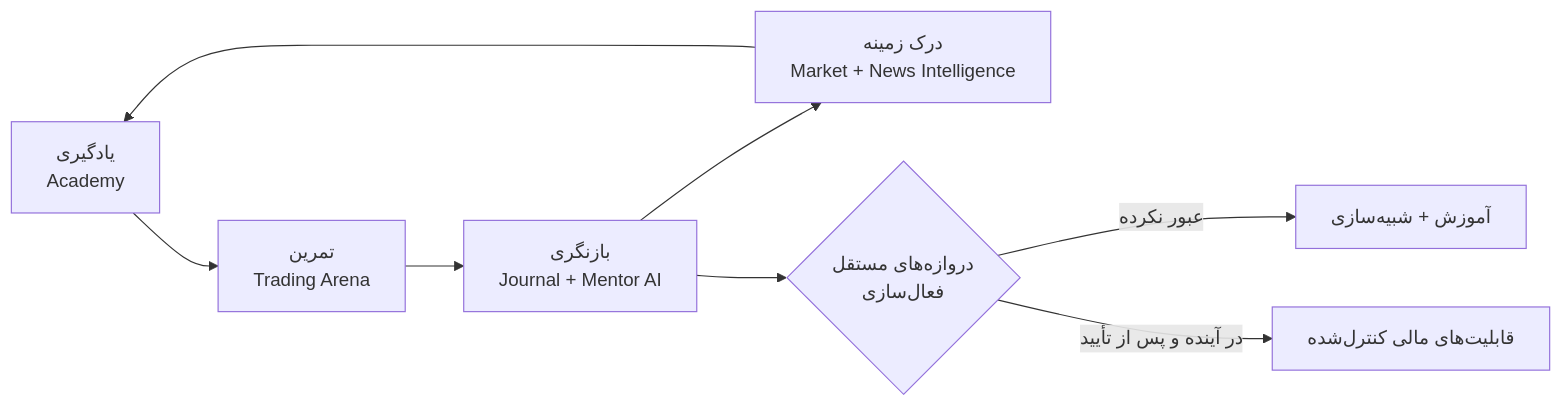
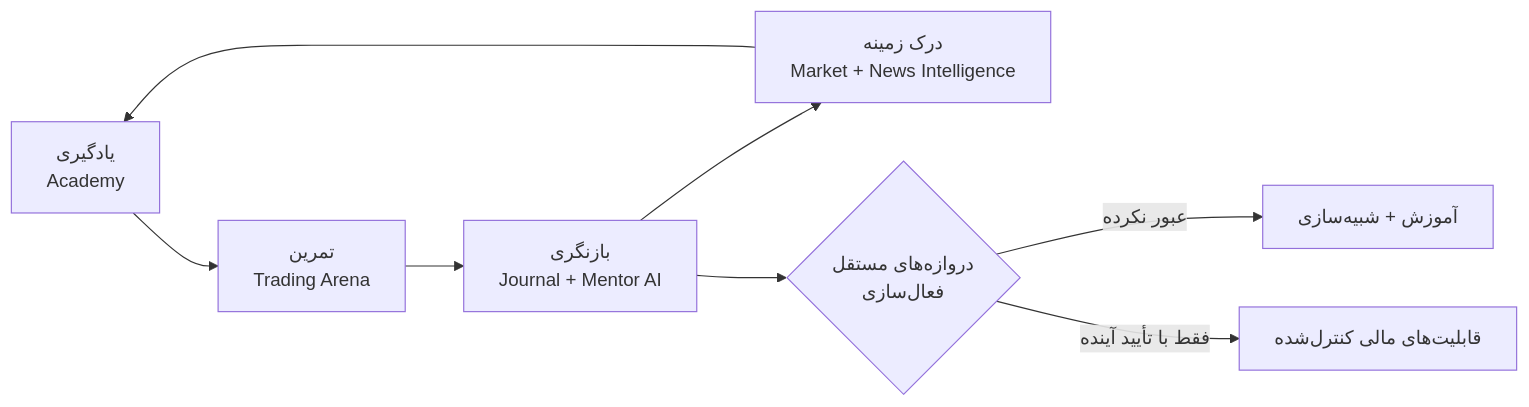
The first of 2 diagrams in README.fa.md (tecpey/Tecpey-Os), drawn with Mermaid before and after one commit. The commit also changed other lines of this file, not shown here.

````diff
--- a/README.fa.md
+++ b/README.fa.md
@@ -28,10 +28,10 @@
 ```mermaid
 flowchart LR
     A[یادگیری\nAcademy] --> B[تمرین\nTrading Arena]
     B --> C[بازنگری\nJournal + Mentor AI]
     C --> D[درک زمینه\nMarket + News Intelligence]
     D --> A
     C --> E{دروازه‌های مستقل\nفعال‌سازی}
     E -->|عبور نکرده| F[آموزش + شبیه‌سازی]
-    E -->|در آینده و پس از تأیید| G[قابلیت‌های مالی کنترل‌شده]
+    E -->|فقط با تأیید آینده| G[قابلیت‌های مالی کنترل‌شده]
 ```
````
